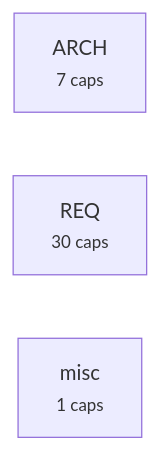
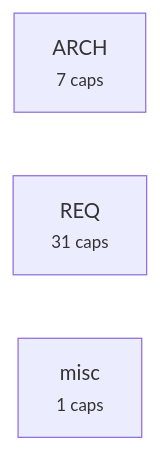
One commit to alxmax/excalidraw-diagram changed the third of 4 diagrams in requirements/_map.md. Above: the diagram before and after it, drawn with Mermaid. The commit also changed other lines of this file and 24 other files, not shown here.

````diff
--- a/requirements/_map.md
+++ b/requirements/_map.md
@@ -122,6 +123,6 @@
 ```mermaid
 graph LR
   a_ARCH["ARCH<br><small>7 caps</small>"]
-  a_REQ["REQ<br><small>30 caps</small>"]
+  a_REQ["REQ<br><small>31 caps</small>"]
   a_misc["misc<br><small>1 caps</small>"]
 ```
````
